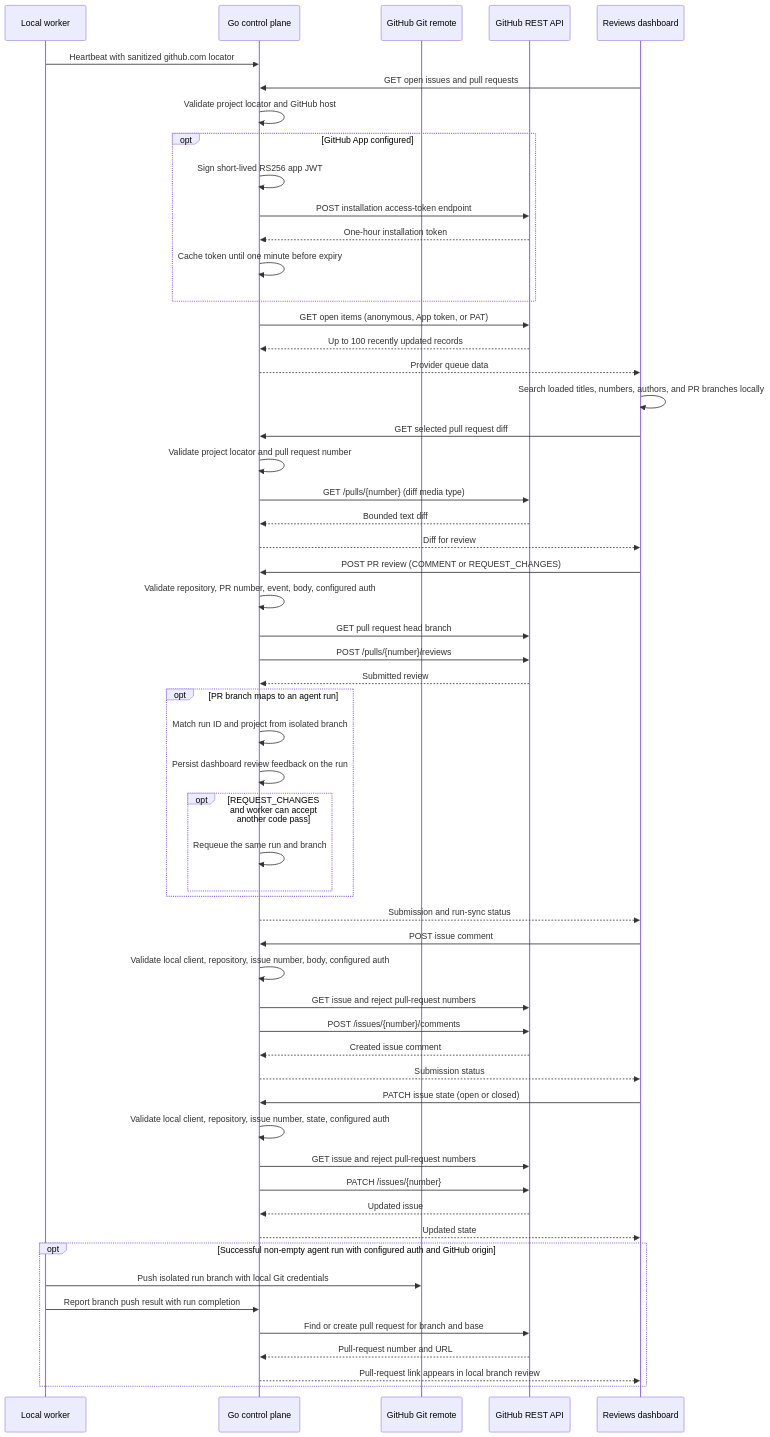
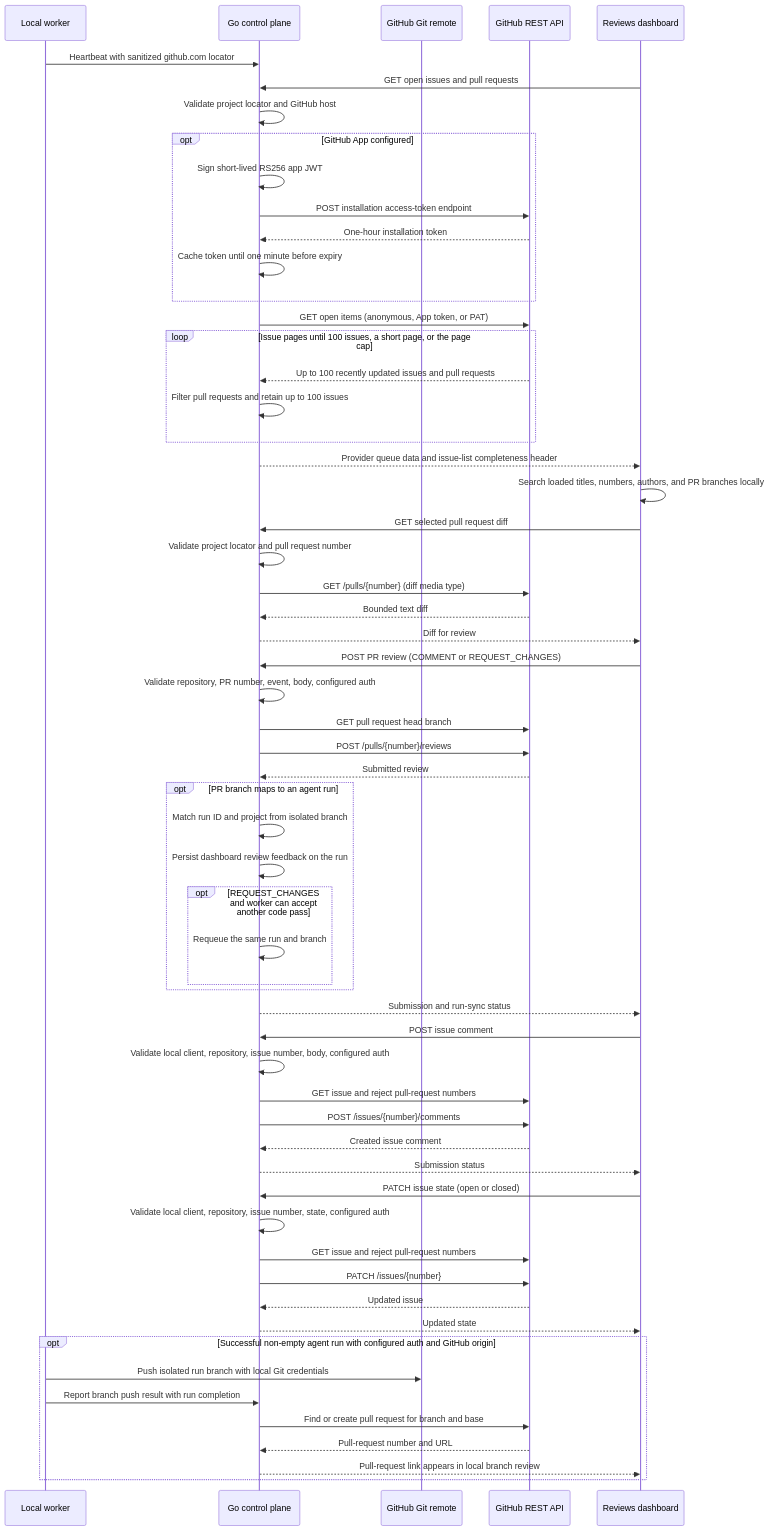
One commit to bogdaniel/zenchron-engineering-os changed the diagram in docs/features/github-review-sync.md. Above: the diagram before and after it, drawn with Mermaid. The commit also changed other lines of this file and 6 other files, not shown here.

````diff
--- a/docs/features/github-review-sync.md
+++ b/docs/features/github-review-sync.md
@@ -14,58 +14,61 @@
 ```mermaid
 sequenceDiagram
     participant Worker as Local worker
     participant API as Go control plane
     participant Remote as GitHub Git remote
     participant GH as GitHub REST API
     participant UI as Reviews dashboard
     Worker->>API: Heartbeat with sanitized github.com locator
     UI->>API: GET open issues and pull requests
     API->>API: Validate project locator and GitHub host
     opt GitHub App configured
         API->>API: Sign short-lived RS256 app JWT
         API->>GH: POST installation access-token endpoint
         GH-->>API: One-hour installation token
         API->>API: Cache token until one minute before expiry
     end
     API->>GH: GET open items (anonymous, App token, or PAT)
-    GH-->>API: Up to 100 recently updated records
-    API-->>UI: Provider queue data
+    loop Issue pages until 100 issues, a short page, or the page cap
+        GH-->>API: Up to 100 recently updated issues and pull requests
+        API->>API: Filter pull requests and retain up to 100 issues
+    end
+    API-->>UI: Provider queue data and issue-list completeness header
     UI->>UI: Search loaded titles, numbers, authors, and PR branches locally
     UI->>API: GET selected pull request diff
     API->>API: Validate project locator and pull request number
     API->>GH: GET /pulls/{number} (diff media type)
     GH-->>API: Bounded text diff
     API-->>UI: Diff for review
     UI->>API: POST PR review (COMMENT or REQUEST_CHANGES)
     API->>API: Validate repository, PR number, event, body, configured auth
     API->>GH: GET pull request head branch
     API->>GH: POST /pulls/{number}/reviews
     GH-->>API: Submitted review
     opt PR branch maps to an agent run
         API->>API: Match run ID and project from isolated branch
         API->>API: Persist dashboard review feedback on the run
         opt REQUEST_CHANGES and worker can accept another code pass
             API->>API: Requeue the same run and branch
         end
     end
     API-->>UI: Submission and run-sync status
     UI->>API: POST issue comment
     API->>API: Validate local client, repository, issue number, body, configured auth
     API->>GH: GET issue and reject pull-request numbers
     API->>GH: POST /issues/{number}/comments
     GH-->>API: Created issue comment
     API-->>UI: Submission status
     UI->>API: PATCH issue state (open or closed)
     API->>API: Validate local client, repository, issue number, state, configured auth
     API->>GH: GET issue and reject pull-request numbers
     API->>GH: PATCH /issues/{number}
     GH-->>API: Updated issue
     API-->>UI: Updated state
     opt Successful non-empty agent run with configured auth and GitHub origin
         Worker->>Remote: Push isolated run branch with local Git credentials
         Worker->>API: Report branch push result with run completion
         API->>GH: Find or create pull request for branch and base
         GH-->>API: Pull-request number and URL
         API-->>UI: Pull-request link appears in local branch review
     end
 ```
````
